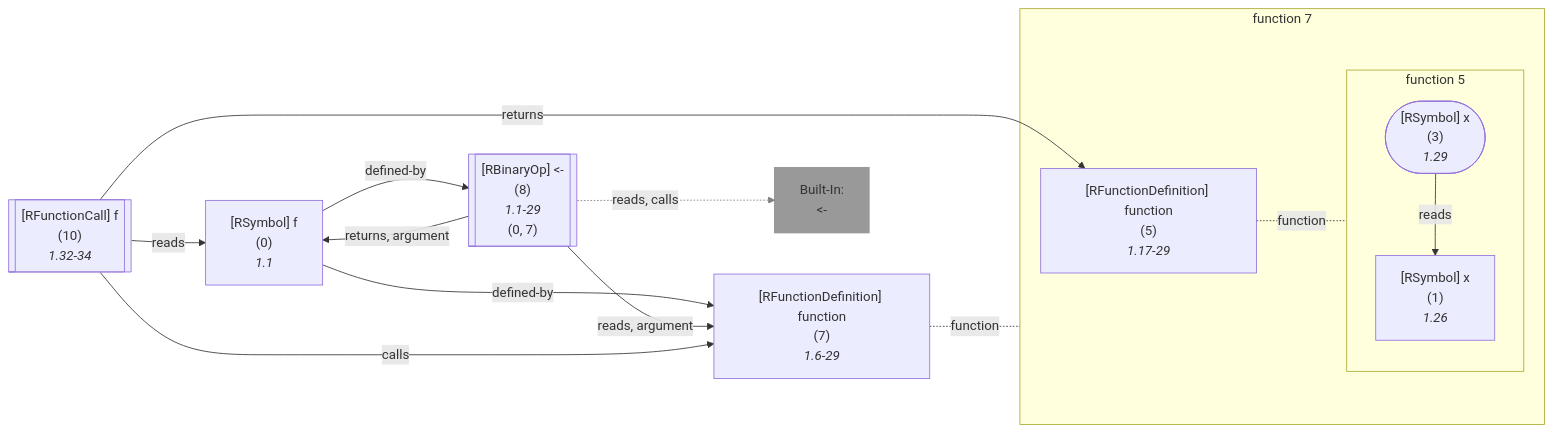
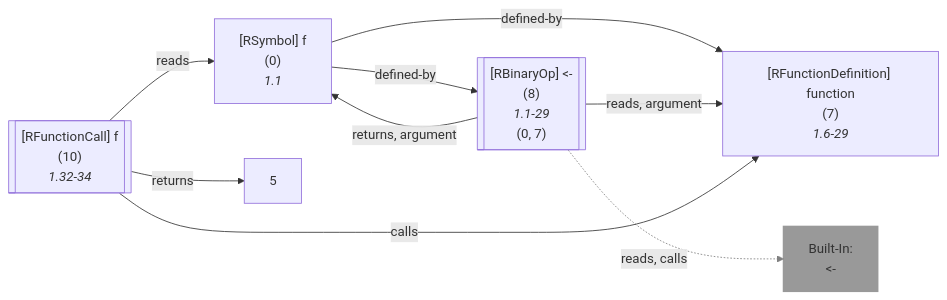
Before and after one commit to flowr-analysis/flowr: diagram 14 of 21 in wiki/Query API.md, drawn with Mermaid. The commit also changed other lines of this file and 7 other files, not shown here.

Commit message:
[skip ci] doc: update generated wiki pages (wiki/Search API.md,wiki/Query API.md,wiki/Control Flow Graph.md,wiki/Core.md,wiki/Interface.md,wiki/Dataflow Graph.md,wiki/Linting and Testing.md,README.md)

````diff
--- a/wiki/Query API.md
+++ b/wiki/Query API.md
@@ -4757,56 +4591,33 @@
 ```mermaid
 flowchart LR
     7["`#91;RFunctionDefinition#93; function
       (7)
       *1.6-29*`"]
-
-subgraph "flow-7" [function 7]
-    %% Environment of 5 [level: 1]:
-    %% Built-in
-    %% 1043----------------------------------------
-    %% 1044----------------------------------------
-    5["`#91;RFunctionDefinition#93; function
-      (5)
-      *1.17-29*`"]
-
-subgraph "flow-5" [function 5]
-    1["`#91;RSymbol#93; x
-      (1)
-      *1.26*`"]
-    3(["`#91;RSymbol#93; x
-      (3)
-      *1.29*`"])
-end
-end
+   %% No edges found for 7
     0["`#91;RSymbol#93; f
       (0)
       *1.1*`"]
     8[["`#91;RBinaryOp#93; #60;#45;
       (8)
       *1.1-29*
     (0, 7)`"]]
     built-in:_-["`Built-In:
 #60;#45;`"]
     style built-in:_- stroke:gray,fill:gray,stroke-width:2px,opacity:.8;
     %% Environment of 10 [level: 0]:
     %% Built-in
     %% 1053----------------------------------------
     %%   f: {**f** (id: 0, type: Function, def. @8)}
     10[["`#91;RFunctionCall#93; f
       (10)
       *1.32-34*`"]]
-    3 -->|"reads"| 1
-5 -.-|function| flow-5
-
-7 -.-|function| flow-7
-
     0 -->|"defined-by"| 7
     0 -->|"defined-by"| 8
     8 -->|"reads, argument"| 7
     8 -->|"returns, argument"| 0
     8 -.->|"reads, calls"| built-in:_-
-    linkStyle 7 stroke:gray;
+    linkStyle 4 stroke:gray;
     10 -->|"reads"| 0
     10 -->|"returns"| 5
     10 -->|"calls"| 7
 ```
````
